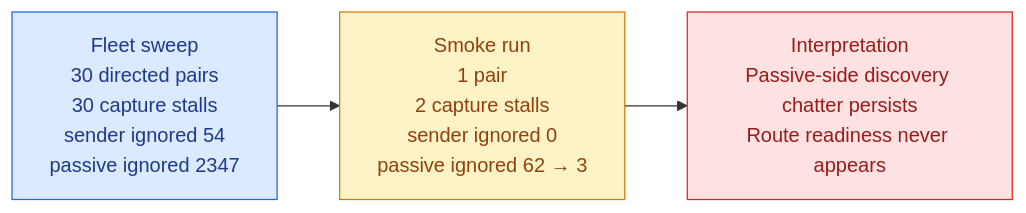
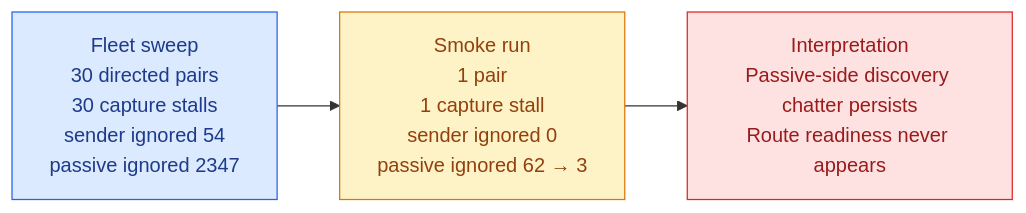
The first of 2 diagrams in reports/android-direct-proof-fleet/runs/20260626T160235_9120d1/REPORT.md (trancee/MeshLink), drawn with Mermaid before and after one commit. The commit also changed other lines of this file, not shown here.

Commit message:
docs(android): add smoke comparison appendix

````diff
--- a/reports/android-direct-proof-fleet/runs/20260626T160235_9120d1/REPORT.md
+++ b/reports/android-direct-proof-fleet/runs/20260626T160235_9120d1/REPORT.md
@@ -74,13 +85,13 @@
 ```mermaid
 flowchart LR
-    F[Fleet sweep\n30 directed pairs\n30 capture stalls\nsender ignored 54\npassive ignored 2347] --> S[Smoke run\n1 pair\n2 capture stalls\nsender ignored 0\npassive ignored 62 → 3]
+    F[Fleet sweep\n30 directed pairs\n30 capture stalls\nsender ignored 54\npassive ignored 2347] --> S[Smoke run\n1 pair\n1 capture stall\nsender ignored 0\npassive ignored 62 → 3]
     S --> T[Interpretation\nPassive-side discovery chatter persists\nRoute readiness never appears]
 
     classDef fleet fill:#dbeafe,stroke:#2563eb,color:#1e3a8a;
     classDef smoke fill:#fef3c7,stroke:#d97706,color:#92400e;
     classDef interp fill:#fee2e2,stroke:#dc2626,color:#991b1b;
 
     F:::fleet
     S:::smoke
     T:::interp
 ```
````
